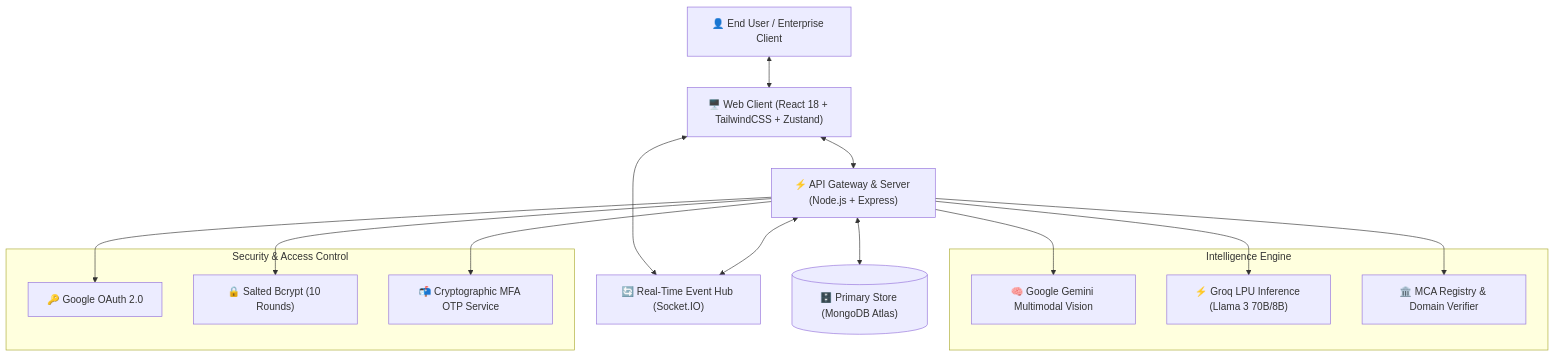
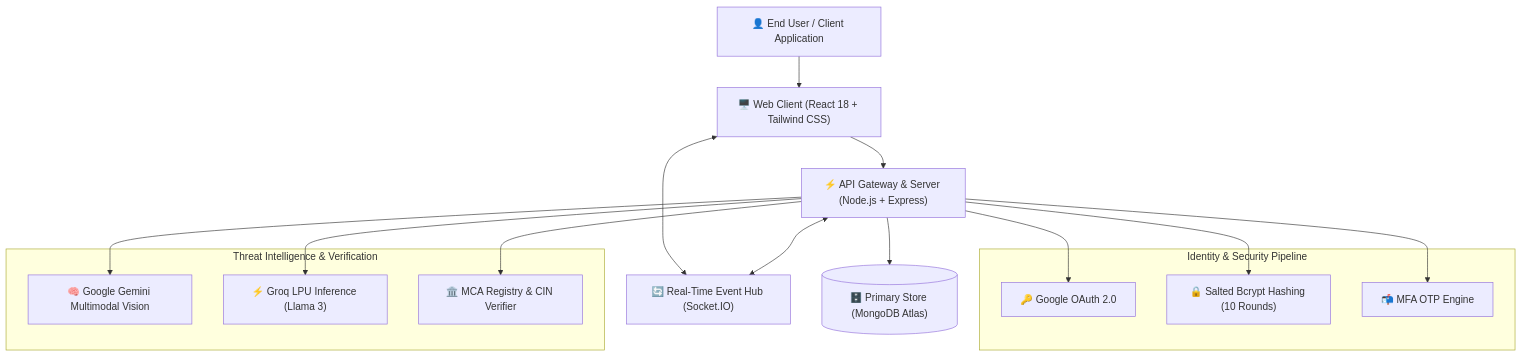
The diagram in README.md (Prabhat-d/Task-Scam-Fake-Job-detector), drawn with Mermaid before and after one commit. The commit also changed other lines of this file, not shown here.

Commit message:
docs: fix Mermaid diagram syntax and add DAXDEV engineering team table

````diff
--- a/README.md
+++ b/README.md
@@ -72,32 +83,32 @@
 ```mermaid
 flowchart TD
-    User["👤 End User / Enterprise Client"]
-    Web["🖥️ Web Client (React 18 + TailwindCSS + Zustand)"]
+    User["👤 End User / Client Application"]
+    Web["🖥️ Web Client (React 18 + Tailwind CSS)"]
     API["⚡ API Gateway & Server (Node.js + Express)"]
     Socket["🔄 Real-Time Event Hub (Socket.IO)"]
     DB[("🗄️ Primary Store (MongoDB Atlas)")]
-    
-    subgraph Intelligence ["Intelligence Engine"]
-        AI1["🧠 Google Gemini Multimodal Vision"]
-        AI2["⚡ Groq LPU Inference (Llama 3 70B/8B)"]
-        MCA["🏛️ MCA Registry & Domain Verifier"]
-    end
-    
-    subgraph Security ["Security & Access Control"]
+
+    subgraph Security["Identity & Security Pipeline"]
         OAuth["🔑 Google OAuth 2.0"]
-        Bcrypt["🔒 Salted Bcrypt (10 Rounds)"]
-        OTP["📬 Cryptographic MFA OTP Service"]
+        Bcrypt["🔒 Salted Bcrypt Hashing (10 Rounds)"]
+        OTP["📬 MFA OTP Engine"]
     end
 
-    User <--> Web
-    Web <--> API
+    subgraph Intelligence["Threat Intelligence & Verification"]
+        Gemini["🧠 Google Gemini Multimodal Vision"]
+        Groq["⚡ Groq LPU Inference (Llama 3)"]
+        MCA["🏛️ MCA Registry & CIN Verifier"]
+    end
+
+    User --> Web
+    Web --> API
     Web <--> Socket
     API <--> Socket
-    API <--> DB
+    API --> DB
     API --> OAuth
     API --> Bcrypt
     API --> OTP
-    API --> AI1
-    API --> AI2
+    API --> Gemini
+    API --> Groq
     API --> MCA
 ```
````
